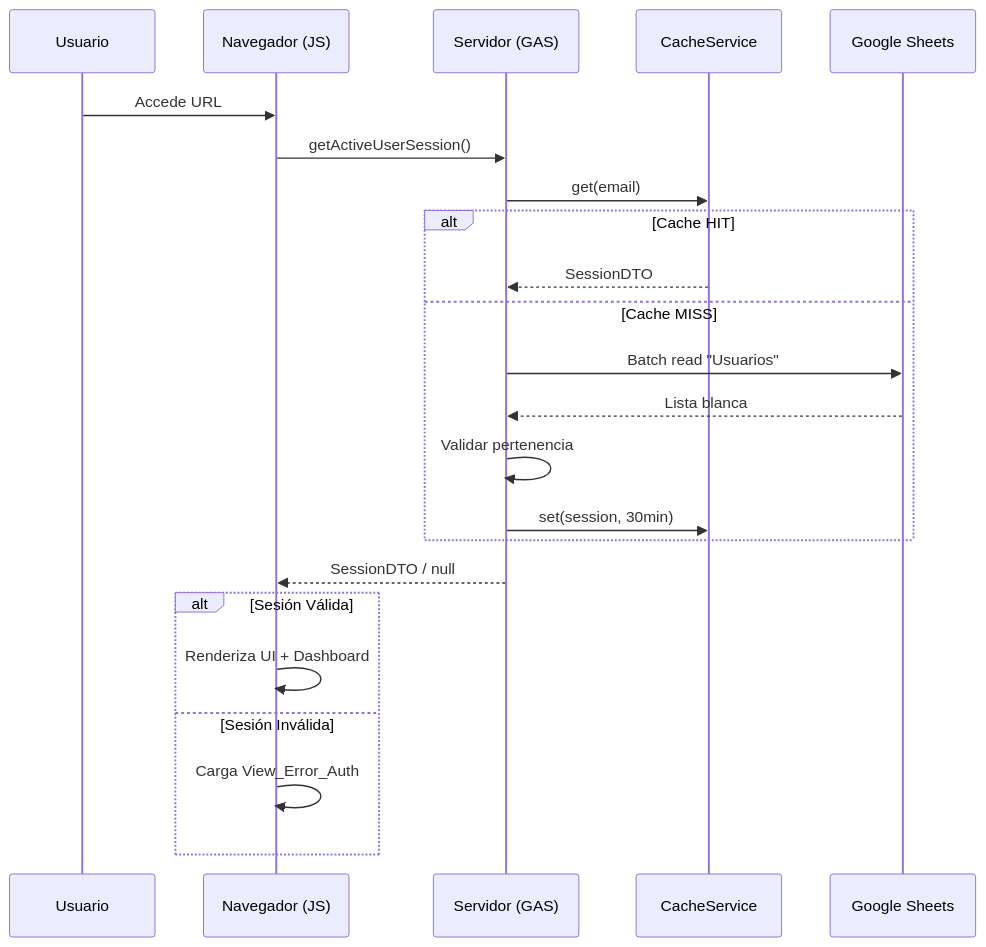
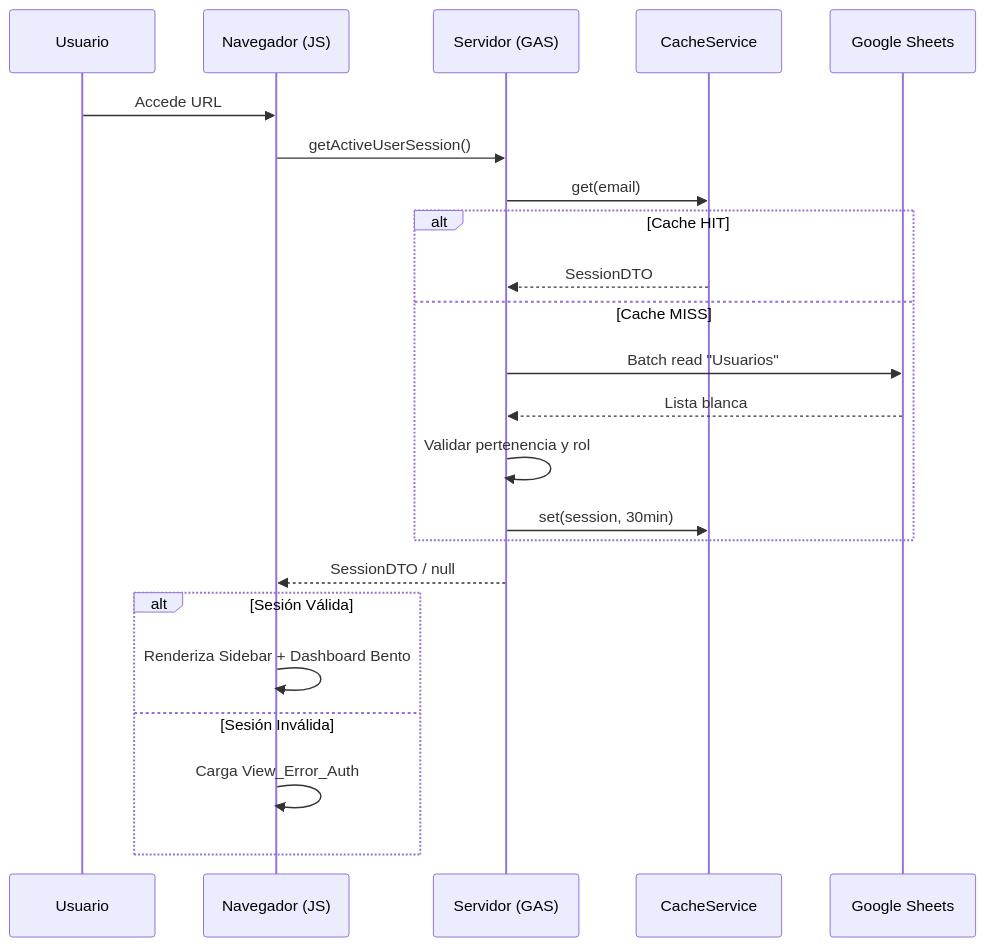
The second of 3 diagrams in README.md (jlangarica/Division-Servicios-Administrativos), drawn with Mermaid before and after one commit. The commit also changed other lines of this file, not shown here.

````diff
--- a/README.md
+++ b/README.md
@@ -97,25 +125,25 @@
 ```mermaid
 sequenceDiagram
     participant U as Usuario
     participant B as Navegador (JS)
     participant S as Servidor (GAS)
     participant C as CacheService
     participant DB as Google Sheets
     U->>B: Accede URL
     B->>S: getActiveUserSession()
     S->>C: get(email)
     alt Cache HIT
         C-->>S: SessionDTO
     else Cache MISS
         S->>DB: Batch read "Usuarios"
         DB-->>S: Lista blanca
-        S->>S: Validar pertenencia
+        S->>S: Validar pertenencia y rol
         S->>C: set(session, 30min)
     end
     S-->>B: SessionDTO / null
     alt Sesión Válida
-        B->>B: Renderiza UI + Dashboard
+        B->>B: Renderiza Sidebar + Dashboard Bento
     else Sesión Inválida
         B->>B: Carga View_Error_Auth
     end
 ```
````
